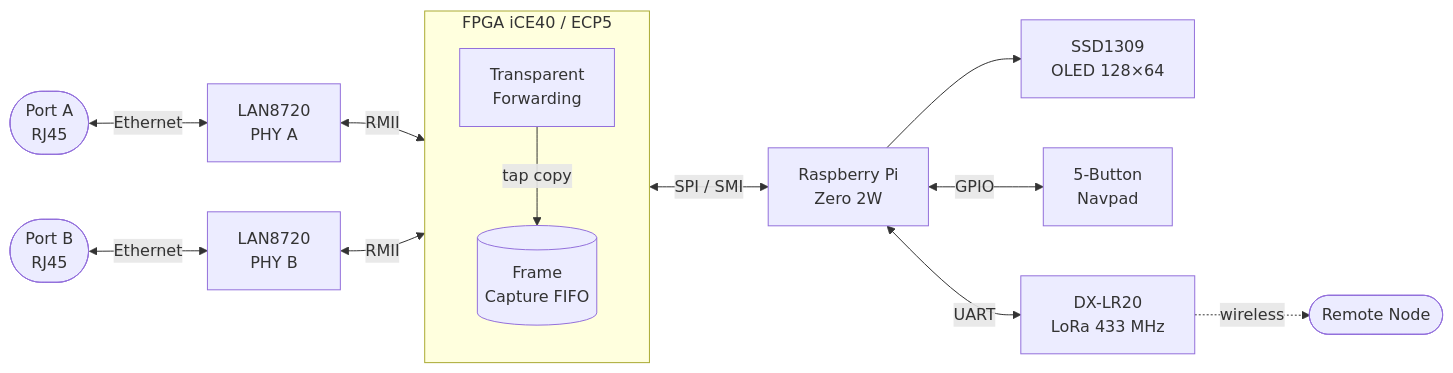
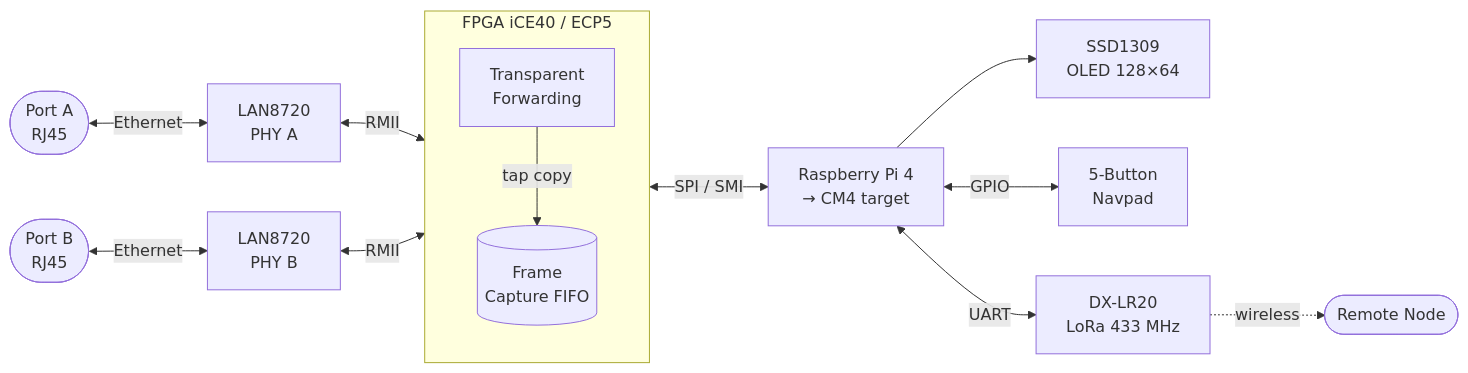
Before and after one commit to gunnarsson901/eq200l: the diagram in README.md, drawn with Mermaid. The commit also changed other lines of this file, not shown here.

````diff
--- a/README.md
+++ b/README.md
@@ -94,23 +102,23 @@
 ```mermaid
 flowchart LR
     A([Port A\nRJ45]) <-->|Ethernet| PHY_A[LAN8720\nPHY A]
     B([Port B\nRJ45]) <-->|Ethernet| PHY_B[LAN8720\nPHY B]
 
     PHY_A <-->|RMII| FPGA
     PHY_B <-->|RMII| FPGA
 
     subgraph FPGA [FPGA  iCE40 / ECP5]
         direction TB
         FWD[Transparent\nForwarding]
         BUF[(Frame\nCapture FIFO)]
         FWD -->|tap copy| BUF
     end
 
-    FPGA <-->|SPI / SMI| PI[Raspberry Pi\nZero 2W]
+    FPGA <-->|SPI / SMI| PI[Raspberry Pi 4\n→ CM4 target]
 
     PI --> OLED[SSD1309\nOLED 128×64]
     PI <-->|GPIO| BTN[5-Button\nNavpad]
     PI <-->|UART| LORA[DX-LR20\nLoRa 433 MHz]
 
     LORA -.->|wireless| REMOTE([Remote Node])
 ```
````
